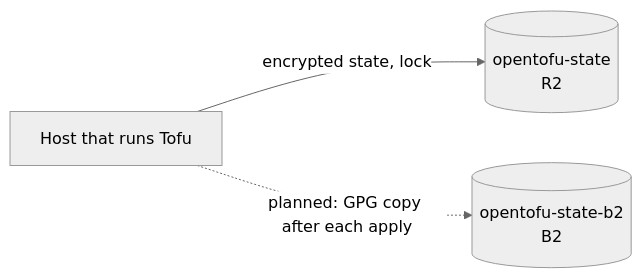
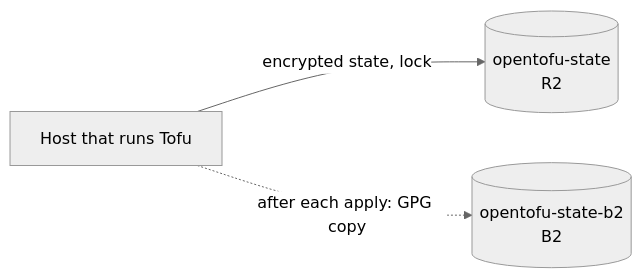
Before and after one commit to wenenhoe/homelab: the diagram in docs/topics/infra/tofu/state-and-credentials.md, drawn with Mermaid (neutral theme). The commit also changed other lines of this file and 5 other files, not shown here.

First line of the commit message:
feat: copy Tofu's state to B2 after each apply

````diff
--- a/docs/topics/infra/tofu/state-and-credentials.md
+++ b/docs/topics/infra/tofu/state-and-credentials.md
@@ -20,5 +20,5 @@
 ```mermaid
 flowchart LR
     host["Host that runs Tofu"] -- "encrypted state, lock" --> live[("opentofu-state<br/>R2")]
-    host -. "planned: GPG copy after each apply" .-> copy[("opentofu-state-b2<br/>B2")]
+    host -. "after each apply: GPG copy" .-> copy[("opentofu-state-b2<br/>B2")]
 ```
````
